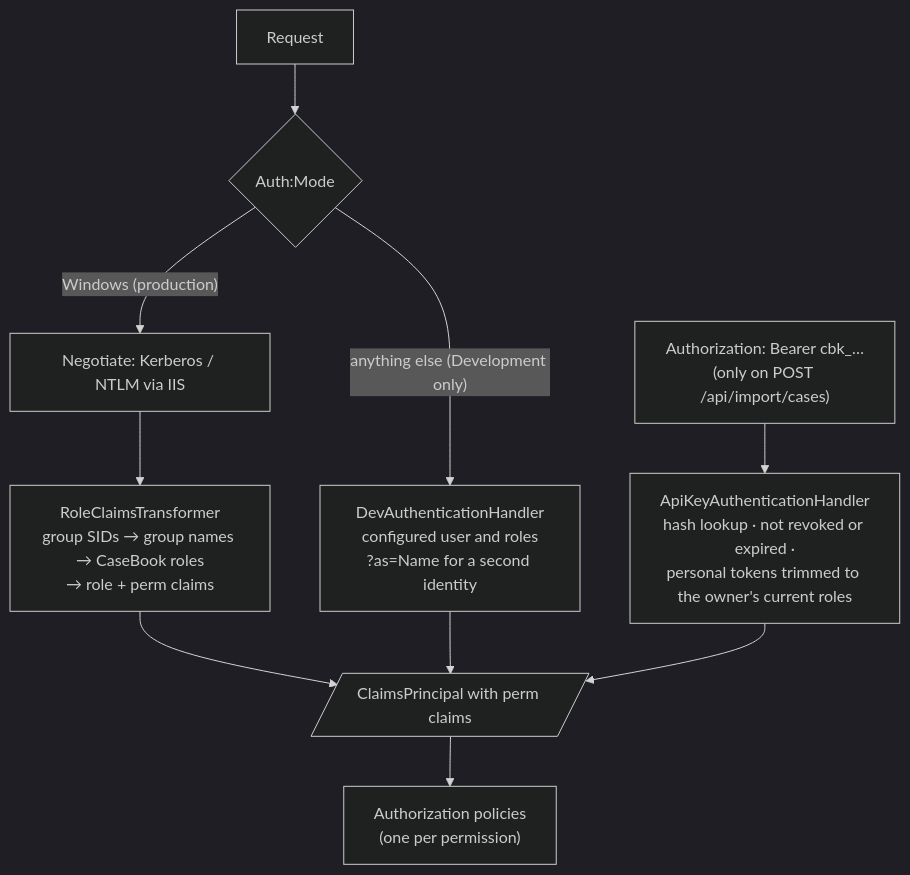
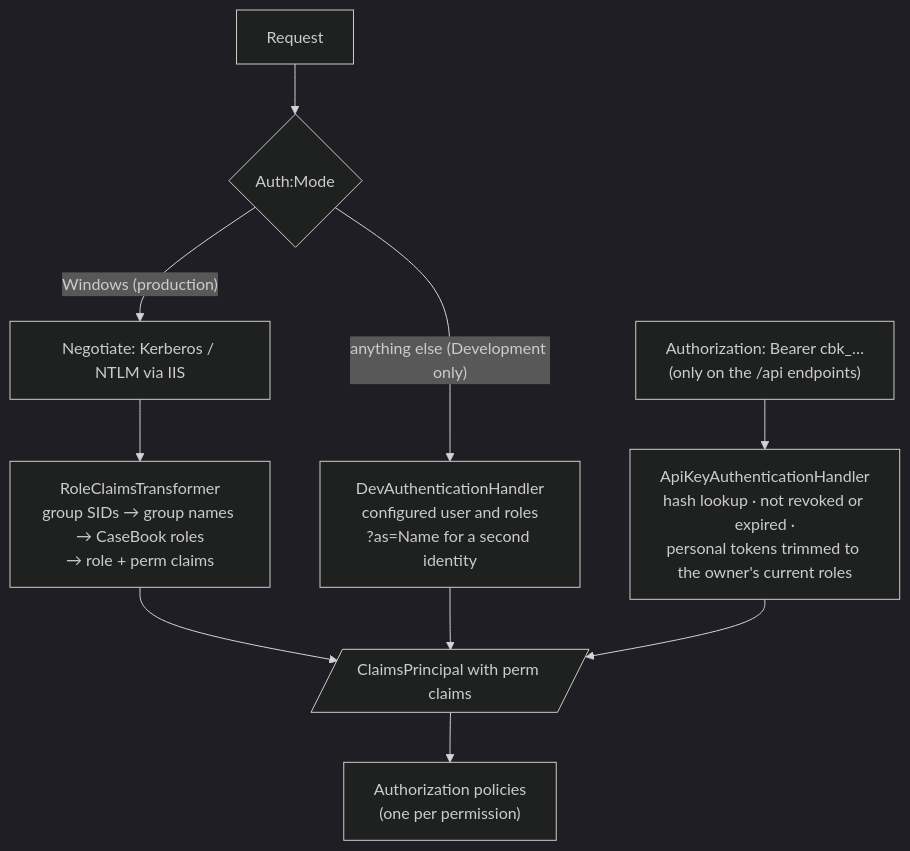
Before and after one commit to jashley92/CaseBook: the diagram in docs/architecture/security.md, drawn with Mermaid (dark theme). The commit also changed other lines of this file and 10 other files, not shown here.

First line of the commit message:
Docs for CAP-09, CAP-13 and CAP-14: API.md endpoints with examples, endpoint table, security, the IOC-feed integration, ApiFeeds rate limit, Unreleased upgrade notes, XSIAM README by incident id

````diff
--- a/docs/architecture/security.md
+++ b/docs/architecture/security.md
@@ -12,12 +12,12 @@
 ```mermaid
 flowchart TB
     Req["Request"] --> Mode{"Auth:Mode"}
     Mode -- "Windows (production)" --> Neg["Negotiate: Kerberos / NTLM via IIS"]
     Neg --> RCT["RoleClaimsTransformer<br/>group SIDs → group names → CaseBook roles<br/>→ role + perm claims"]
     Mode -- "anything else (Development only)" --> Dev["DevAuthenticationHandler<br/>configured user and roles<br/>?as=Name for a second identity"]
-    Api["Authorization: Bearer cbk_…<br/>(only on POST /api/import/cases)"] --> Key["ApiKeyAuthenticationHandler<br/>hash lookup · not revoked or expired ·<br/>personal tokens trimmed to the owner's current roles"]
+    Api["Authorization: Bearer cbk_…<br/>(only on the /api endpoints)"] --> Key["ApiKeyAuthenticationHandler<br/>hash lookup · not revoked or expired ·<br/>personal tokens trimmed to the owner's current roles"]
     RCT --> P[/"ClaimsPrincipal with perm claims"/]
     Dev --> P
     Key --> P
     P --> Pol["Authorization policies<br/>(one per permission)"]
 ```
````
